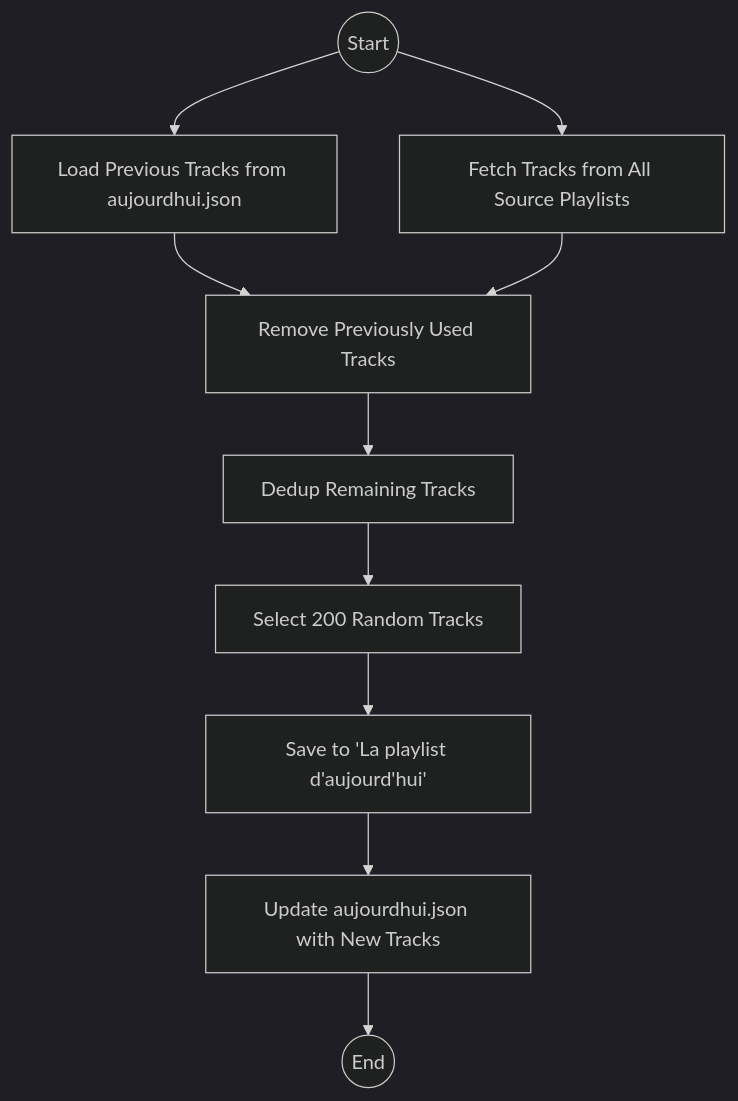
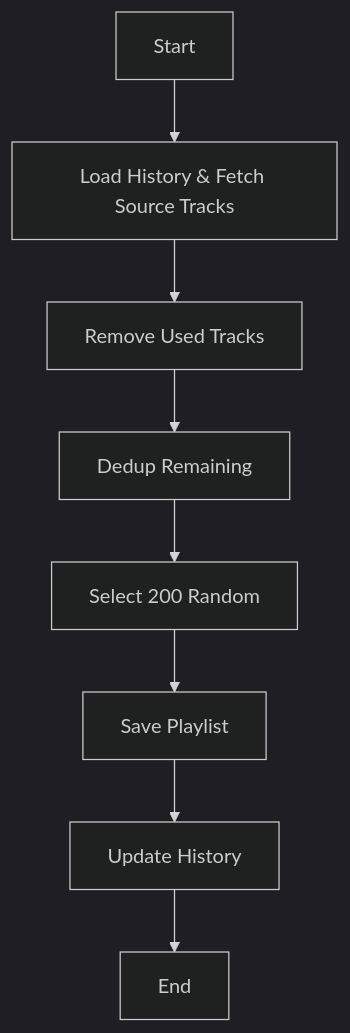
One commit to froggeric/gas-spotify-automation changed the sixth of 7 diagrams in README.md. Above: the diagram before and after it, drawn with Mermaid (dark theme). The commit also changed other lines of this file, not shown here.

First line of the commit message:
fix(docs): Correct Mermaid diagrams for GitHub compatibility

````diff
--- a/README.md
+++ b/README.md
@@ -181,11 +172,10 @@
 ```mermaid
 graph TD
-    A((Start)) --> B["Load Previous Tracks from aujourdhui.json"];
-    A --> C["Fetch Tracks from All Source Playlists"];
-    B & C --> D["Remove Previously Used Tracks"];
-    D --> E["Dedup Remaining Tracks"];
-    E --> F["Select 200 Random Tracks"];
-    F --> G["Save to 'La playlist d'aujourd'hui'"];
-    G --> H["Update aujourdhui.json with New Tracks"];
-    H --> I((End));
+    A[Start] --> B[Load History & Fetch Source Tracks];
+    B --> C[Remove Used Tracks];
+    C --> D[Dedup Remaining];
+    D --> E[Select 200 Random];
+    E --> F[Save Playlist];
+    F --> G[Update History];
+    G --> H[End];
 ```
````
